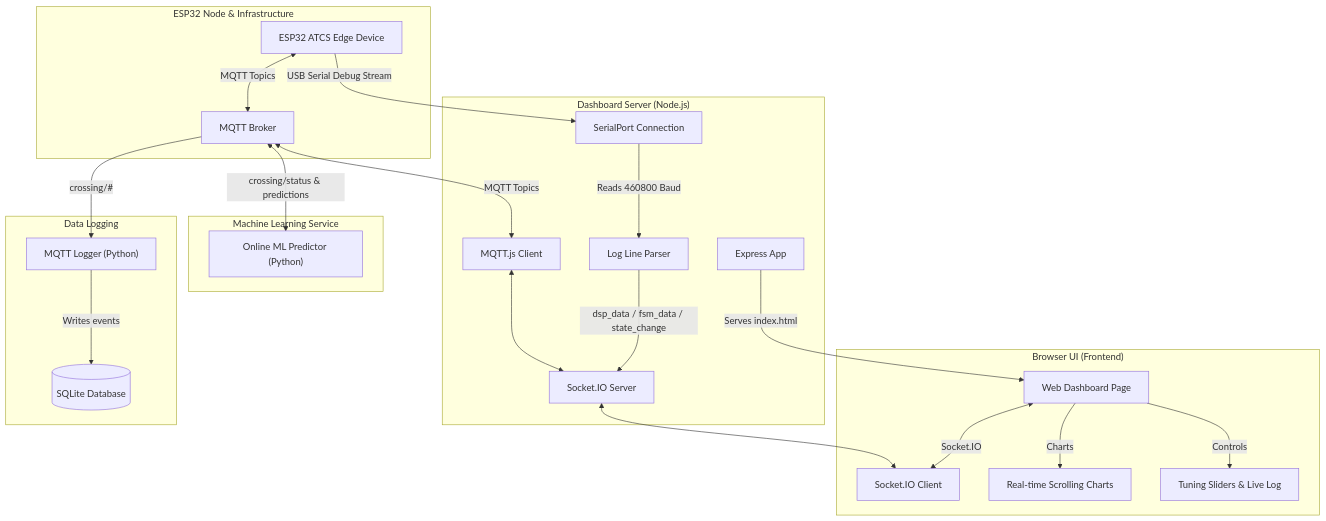
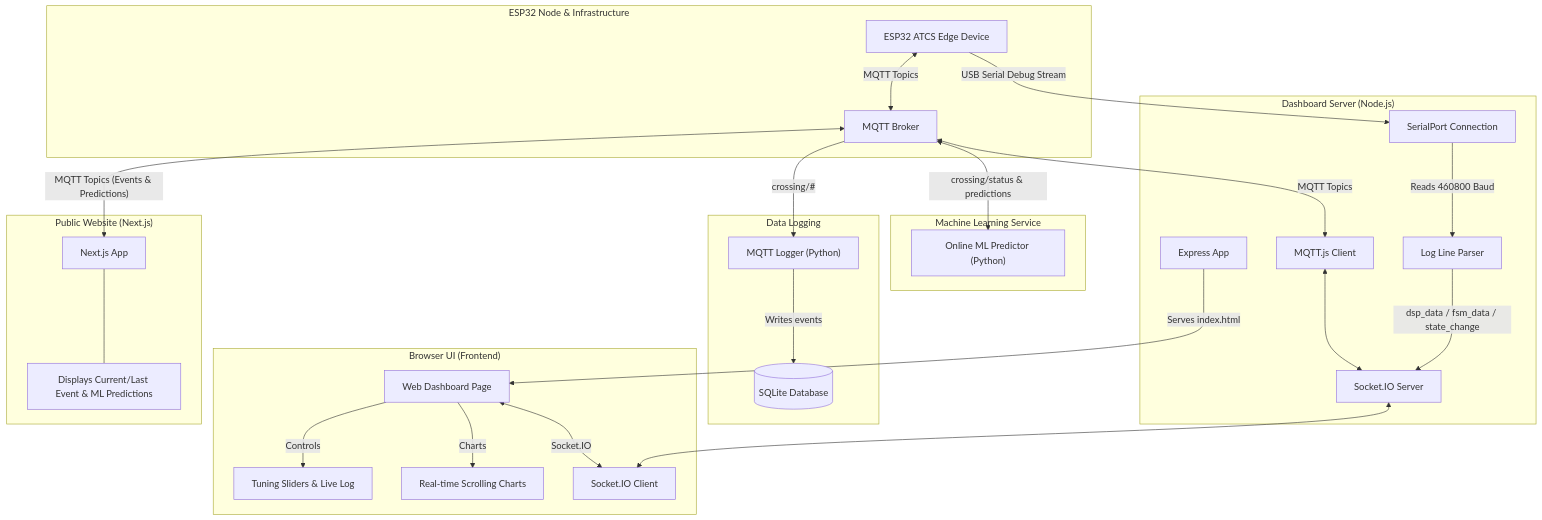
One commit to tophrr/aap-dashboard changed the diagram in README.md. Above: the diagram before and after it, drawn with Mermaid.

Commit message:
docs: update architecture diagram with next.js website

````diff
--- a/README.md
+++ b/README.md
@@ -16,37 +16,44 @@
 ```mermaid
 graph TD
+    subgraph PublicWeb ["Public Website (Next.js)"]
+        NEXT[Next.js App]
+        DISP[Displays Current/Last Event & ML Predictions]
+        NEXT --- DISP
+    end
+
     subgraph Browser ["Browser UI (Frontend)"]
         UI[Web Dashboard Page] <-->|Socket.IO| SIO[Socket.IO Client]
         UI -->|Charts| CHARTS[Real-time Scrolling Charts]
         UI -->|Controls| CTRLS[Tuning Sliders & Live Log]
     end
 
     subgraph DashServer ["Dashboard Server (Node.js)"]
         EXPRESS[Express App] -->|Serves index.html| UI
         SOCKET[Socket.IO Server] <--> SIO
         SP[SerialPort Connection] -->|Reads 460800 Baud| PARSE[Log Line Parser]
         PARSE -->|dsp_data / fsm_data / state_change| SOCKET
         MQTTJS[MQTT.js Client] <--> SOCKET
     end
 
     subgraph Hardware ["ESP32 Node & Infrastructure"]
         ESP32[ESP32 ATCS Edge Device]
         BROKER[MQTT Broker]
     end
 
     subgraph ML ["Machine Learning Service"]
         MLPRED["Online ML Predictor (Python)"]
     end
 
     subgraph Logging ["Data Logging"]
         LOGGER["MQTT Logger (Python)"]
         SQL[(SQLite Database)]
     end
 
     ESP32 -->|USB Serial Debug Stream| SP
     ESP32 <-->|MQTT Topics| BROKER
     BROKER <-->|MQTT Topics| MQTTJS
     BROKER <-->|crossing/status & predictions| MLPRED
     BROKER -->|crossing/#| LOGGER
     LOGGER -->|Writes events| SQL
+    BROKER <-->|"MQTT Topics (Events & Predictions)"| NEXT
 ```
````
